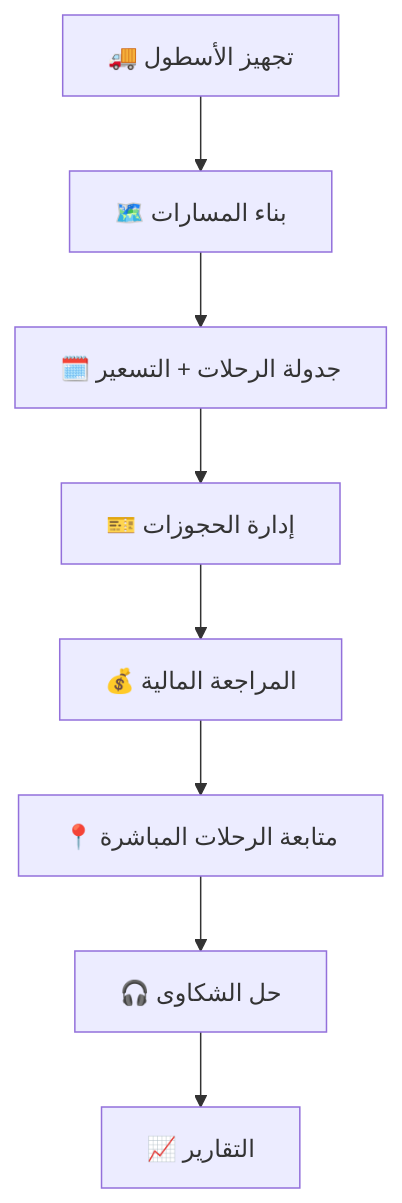
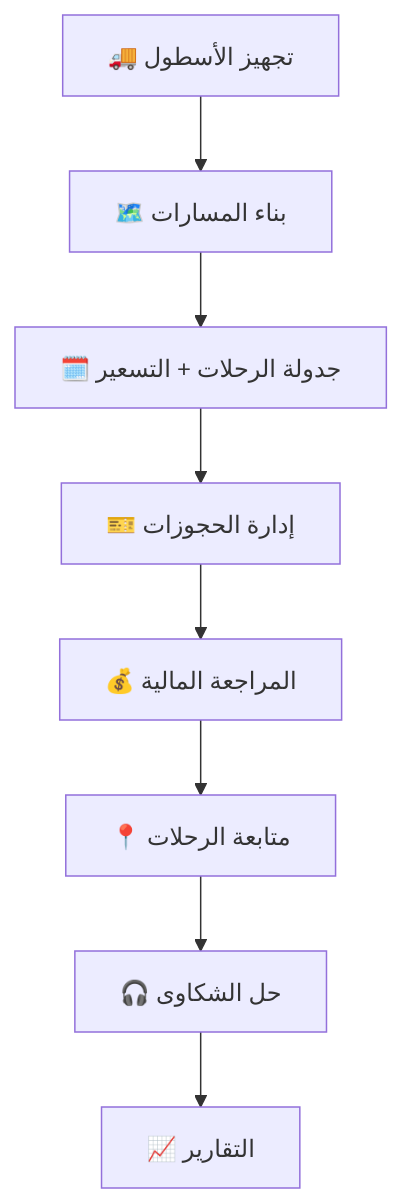
One commit to mahmoudyoussef3/bmt_app changed diagram 13 of 19 in BUSINESS_DESIGN_DOCUMENT.md. Above: the diagram before and after it, drawn with Mermaid. The commit also changed other lines of this file and 168 other files, not shown here.

````diff
--- a/BUSINESS_DESIGN_DOCUMENT.md
+++ b/BUSINESS_DESIGN_DOCUMENT.md
@@ -629,10 +629,10 @@
 ```mermaid
 flowchart TD
     A["🚚 تجهيز الأسطول"] --> B["🗺️ بناء المسارات"]
     B --> C["🗓️ جدولة الرحلات + التسعير"]
     C --> D["🎫 إدارة الحجوزات"]
     D --> E["💰 المراجعة المالية"]
-    E --> F["📍 متابعة الرحلات المباشرة"]
+    E --> F["📍 متابعة الرحلات"]
     F --> G["🎧 حل الشكاوى"]
     G --> H["📈 التقارير"]
 ```
````
